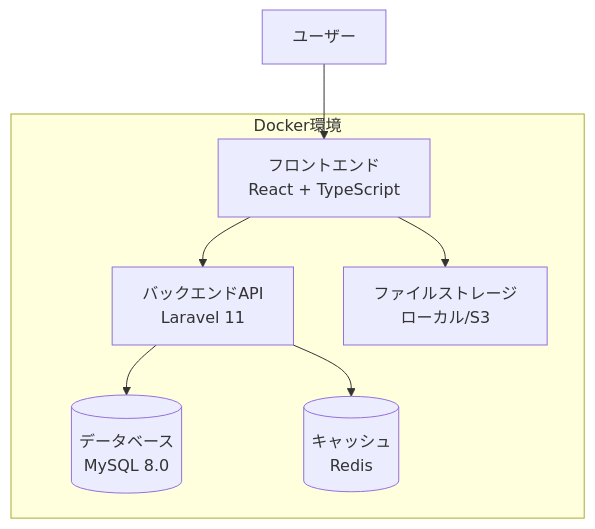
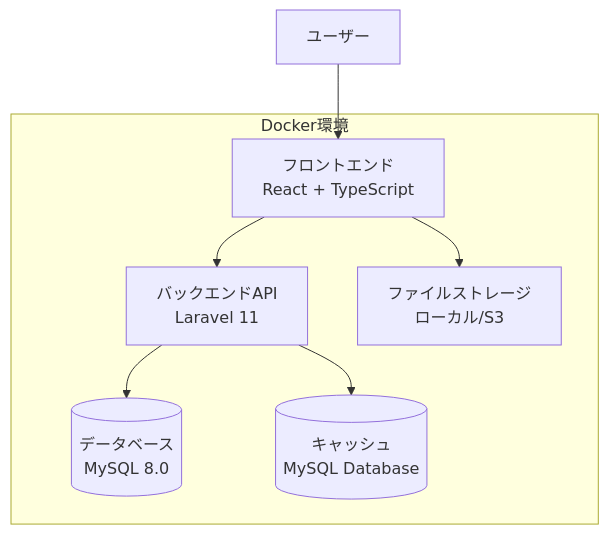
The first of 9 diagrams in docs/design.md (motowo/md_blog), drawn with Mermaid before and after one commit. The commit also changed other lines of this file and 1 other file, not shown here.

First line of the commit message:
docs: Redis記載をMySQL Database Cacheに修正 (#48)

````diff
--- a/docs/design.md
+++ b/docs/design.md
@@ -16,16 +16,16 @@
 ```mermaid
 graph TB
     User[ユーザー] --> Frontend[フロントエンド<br/>React + TypeScript]
     Frontend --> API[バックエンドAPI<br/>Laravel 11]
     API --> DB[(データベース<br/>MySQL 8.0)]
-    API --> Cache[(キャッシュ<br/>Redis)]
+    API --> Cache[(キャッシュ<br/>MySQL Database)]
     Frontend --> Storage[ファイルストレージ<br/>ローカル/S3]
     
     subgraph "Docker環境"
         Frontend
         API
         DB
         Cache
         Storage
     end
 ```
````
